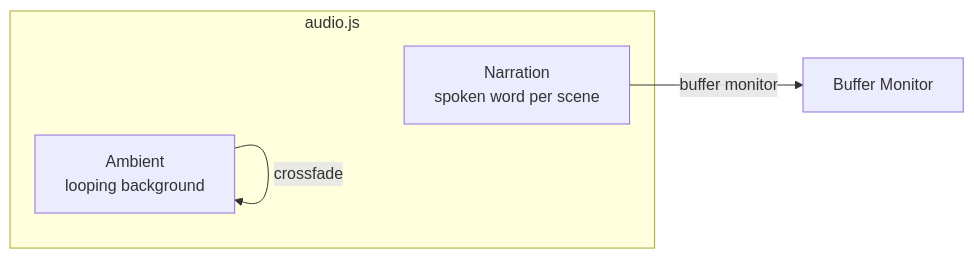
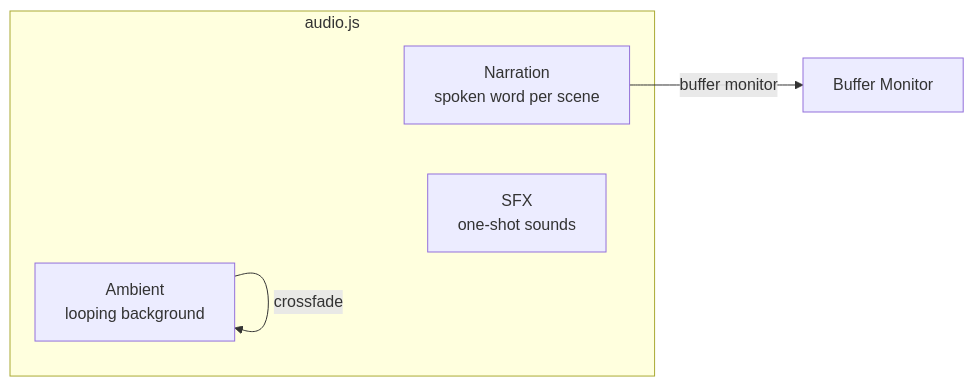
Before and after one commit to anchildress1/carbon-trace: the first of 4 diagrams in docs/audio-system.md, drawn with Mermaid. The commit also changed other lines of this file and 106 other files, not shown here.

````diff
--- a/docs/audio-system.md
+++ b/docs/audio-system.md
@@ -7,10 +7,11 @@
 ```mermaid
 graph LR
     subgraph audio.js
         A[Ambient<br/>looping background]
         N[Narration<br/>spoken word per scene]
+        S[SFX<br/>one-shot sounds]
     end
 
     A -->|crossfade| A
     N -->|buffer monitor| BM[Buffer Monitor]
 ```
````
